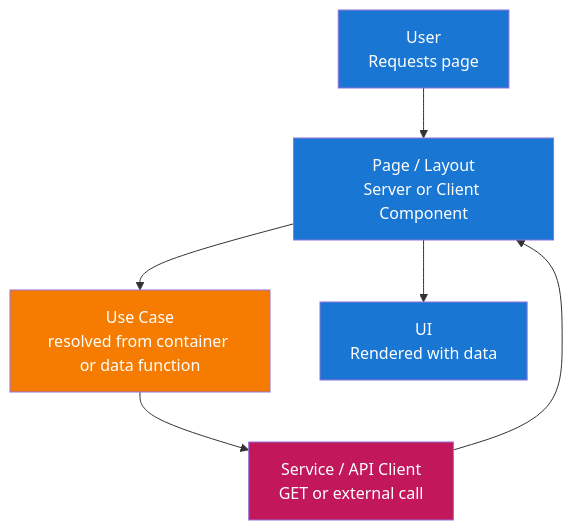
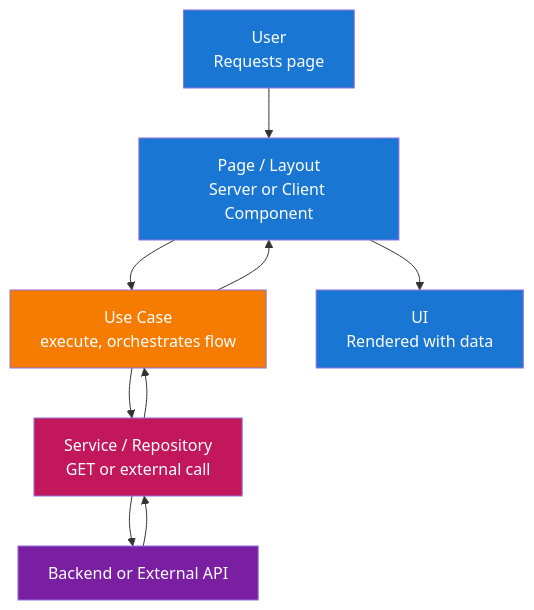
One commit to thinhtran3588/nextjs-starter-kit changed the third of 4 diagrams in docs/architecture.md. Above: the diagram before and after it, drawn with Mermaid. The commit also changed other lines of this file and 208 other files, not shown here.

First line of the commit message:
refactor: reorganize modules into Clean Architecture layers (#36)

````diff
--- a/docs/architecture.md
+++ b/docs/architecture.md
@@ -86,14 +112,18 @@
 ```mermaid
 flowchart TD
     User[User<br/>Requests page] --> Page[Page / Layout<br/>Server or Client Component]
-    Page --> UseCase[Use Case<br/>resolved from container or data function]
-    UseCase --> Service[Service / API Client<br/>GET or external call]
-    Service --> Page
+    Page --> UseCase[Use Case<br/>execute, orchestrates flow]
+    UseCase --> Service[Service / Repository<br/>GET or external call]
+    Service --> Backend[Backend or External API]
+    Backend --> Service
+    Service --> UseCase
+    UseCase --> Page
     Page --> UI[UI<br/>Rendered with data]
 
     style User fill:#1976d2,color:#fff
     style Page fill:#1976d2,color:#fff
     style UseCase fill:#f57c00,color:#fff
     style Service fill:#c2185b,color:#fff
+    style Backend fill:#7b1fa2,color:#fff
     style UI fill:#1976d2,color:#fff
 ```
````
